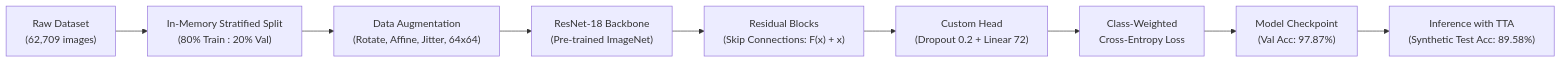
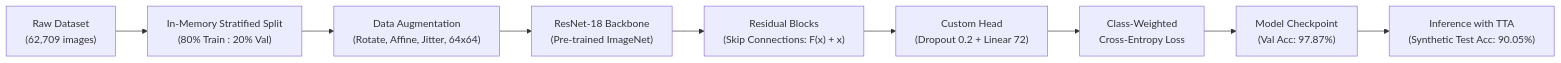
The first of 2 diagrams in presentation_summary.md (dewdew978/deep-cnn-work), drawn with Mermaid before and after one commit. The commit also changed other lines of this file and 3 other files, not shown here.

````diff
--- a/presentation_summary.md
+++ b/presentation_summary.md
@@ -23,11 +23,11 @@
 ```mermaid
 flowchart LR
     A["Raw Dataset\n(62,709 images)"] --> B["In-Memory Stratified Split\n(80% Train : 20% Val)"]
     B --> C["Data Augmentation\n(Rotate, Affine, Jitter, 64x64)"]
     C --> D["ResNet-18 Backbone\n(Pre-trained ImageNet)"]
     D --> E["Residual Blocks\n(Skip Connections: F(x) + x)"]
     E --> F["Custom Head\n(Dropout 0.2 + Linear 72)"]
     F --> G["Class-Weighted\nCross-Entropy Loss"]
     G --> H["Model Checkpoint\n(Val Acc: 97.87%)"]
-    H --> I["Inference with TTA\n(Synthetic Test Acc: 89.58%)"]
+    H --> I["Inference with TTA\n(Synthetic Test Acc: 90.05%)"]
 ```
````
